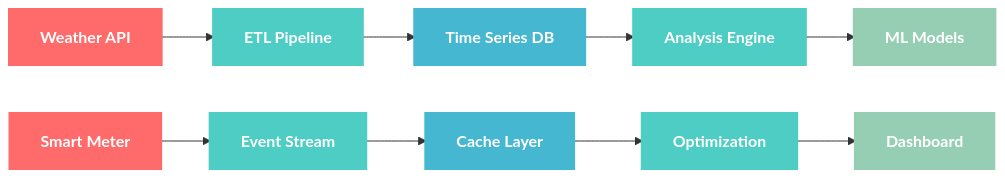
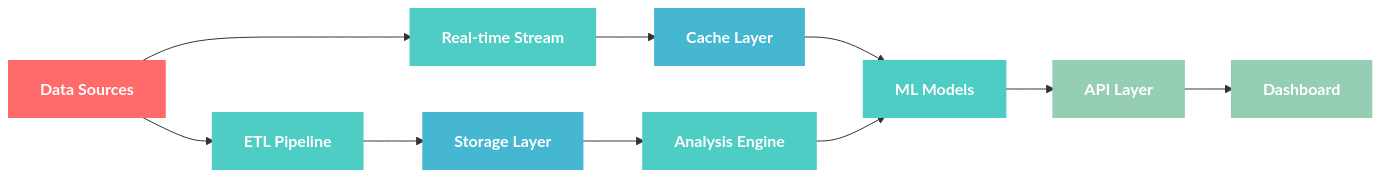
The first of 4 diagrams in README.md (ngnnah/energy-optimization), drawn with Mermaid before and after one commit. The commit also changed other lines of this file and 15 other files, not shown here.

````diff
--- a/README.md
+++ b/README.md
@@ -7,19 +7,19 @@
 ```mermaid
 graph LR
     classDef source fill:#FF6B6B,stroke:#FF6B6B,stroke-width:4px,color:white,font-weight:bold
     classDef process fill:#4ECDC4,stroke:#4ECDC4,stroke-width:4px,color:white,font-weight:bold
     classDef storage fill:#45B7D1,stroke:#45B7D1,stroke-width:4px,color:white,font-weight:bold
     classDef output fill:#96CEB4,stroke:#96CEB4,stroke-width:4px,color:white,font-weight:bold
 
-    %% First Line - Data Flow
-    S[Weather API]:::source --> P[ETL Pipeline]:::process
-    P --> D[Time Series DB]:::storage
-    D --> A[Analysis Engine]:::process
-    A --> M[ML Models]:::output
-
-    %% Second Line - User Interface Flow
-    U[Smart Meter]:::source --> E[Event Stream]:::process
-    E --> C[Cache Layer]:::storage
-    C --> O[Optimization]:::process
-    O --> UI[Dashboard]:::output
+    DataSources[Data Sources]:::source --> ETL[ETL Pipeline]:::process
+    ETL --> Storage[Storage Layer]:::storage
+    Storage --> Analysis[Analysis Engine]:::process
+    
+    DataSources --> RealTime[Real-time Stream]:::process
+    RealTime --> Cache[Cache Layer]:::storage
+    Cache --> ML[ML Models]:::process
+    
+    Analysis --> ML
+    ML --> API[API Layer]:::output
+    API --> Dashboard[Dashboard]:::output
 ```
````
